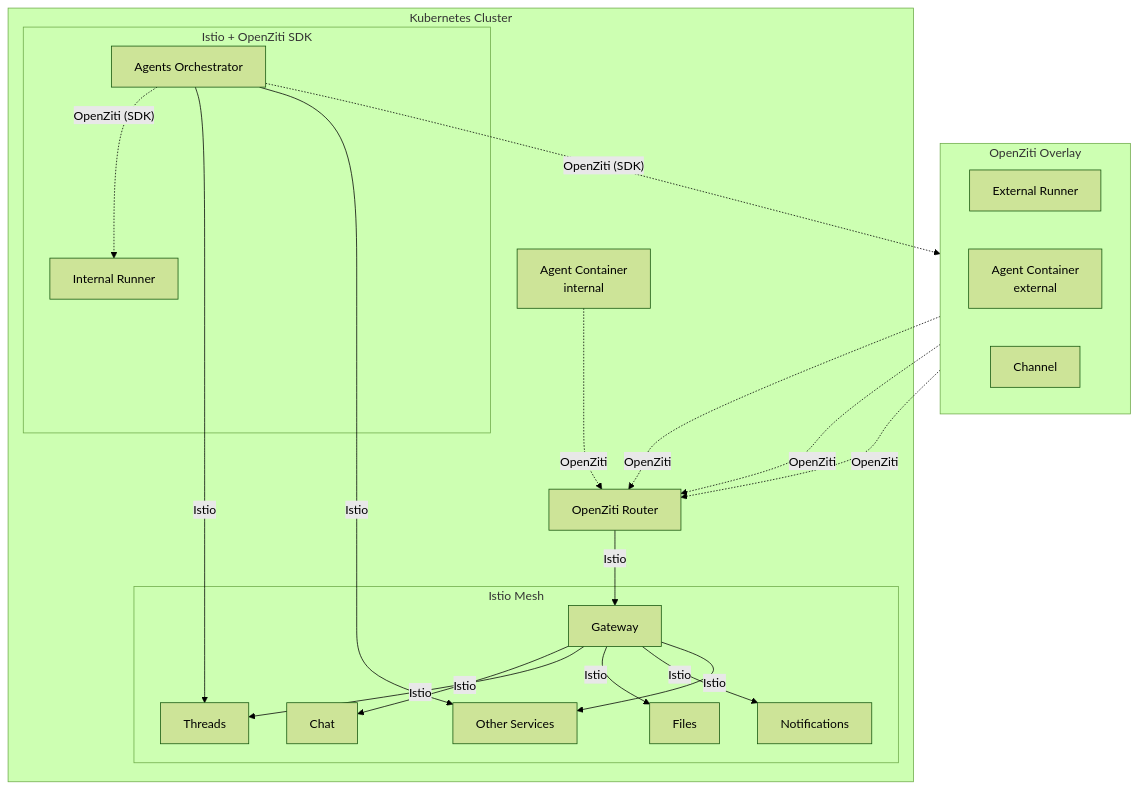
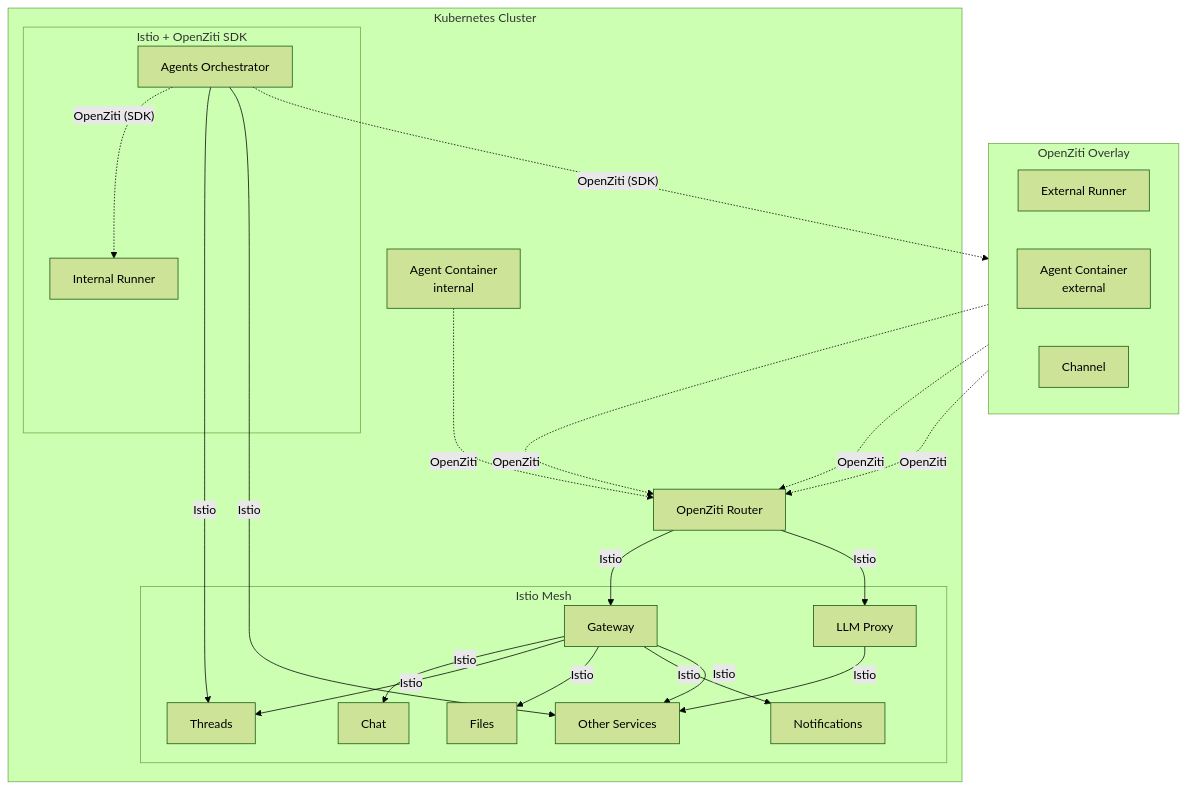
The third of 3 diagrams in architecture/authn.md (agynio/architecture), drawn with Mermaid (forest theme) before and after one commit. The commit also changed other lines of this file and 12 other files, not shown here.

First line of the commit message:
Add LLM Proxy service architecture and update related docs

````diff
--- a/architecture/authn.md
+++ b/architecture/authn.md
@@ -139,39 +140,42 @@
 ```mermaid
 graph TB
     subgraph OpenZiti Overlay
         direction LR
         ExtRunner[External Runner]
         AgentExt[Agent Container<br/>external]
         Channel[Channel]
     end
 
     subgraph Kubernetes Cluster
         subgraph Istio Mesh
             GW[Gateway]
             Chat[Chat]
             Threads[Threads]
             Files[Files]
             Notif[Notifications]
+            LLMProxy[LLM Proxy]
             Other[Other Services]
         end
 
         subgraph "Istio + OpenZiti SDK"
             Orch[Agents Orchestrator]
             IntRunner[Internal Runner]
         end
 
         AgentInt[Agent Container<br/>internal]
         ZR[OpenZiti Router]
     end
 
     ExtRunner -.->|OpenZiti| ZR
     AgentExt -.->|OpenZiti| ZR
     Channel -.->|OpenZiti| ZR
     AgentInt -.->|OpenZiti| ZR
     Orch -.->|"OpenZiti (SDK)"| IntRunner
     Orch -.->|"OpenZiti (SDK)"| ExtRunner
 
     ZR -->|Istio| GW
+    ZR -->|Istio| LLMProxy
     GW -->|Istio| Chat & Threads & Files & Notif & Other
+    LLMProxy -->|Istio| Other
     Orch -->|Istio| Threads & Other
 ```
````
